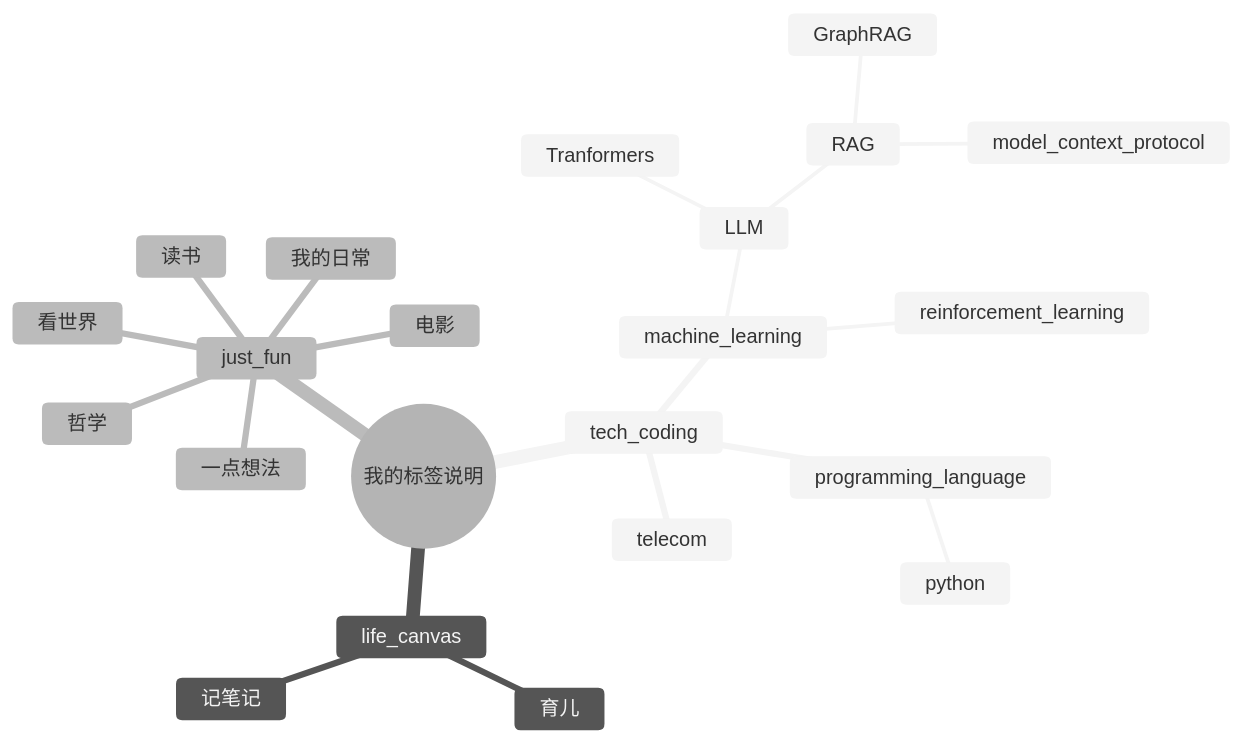
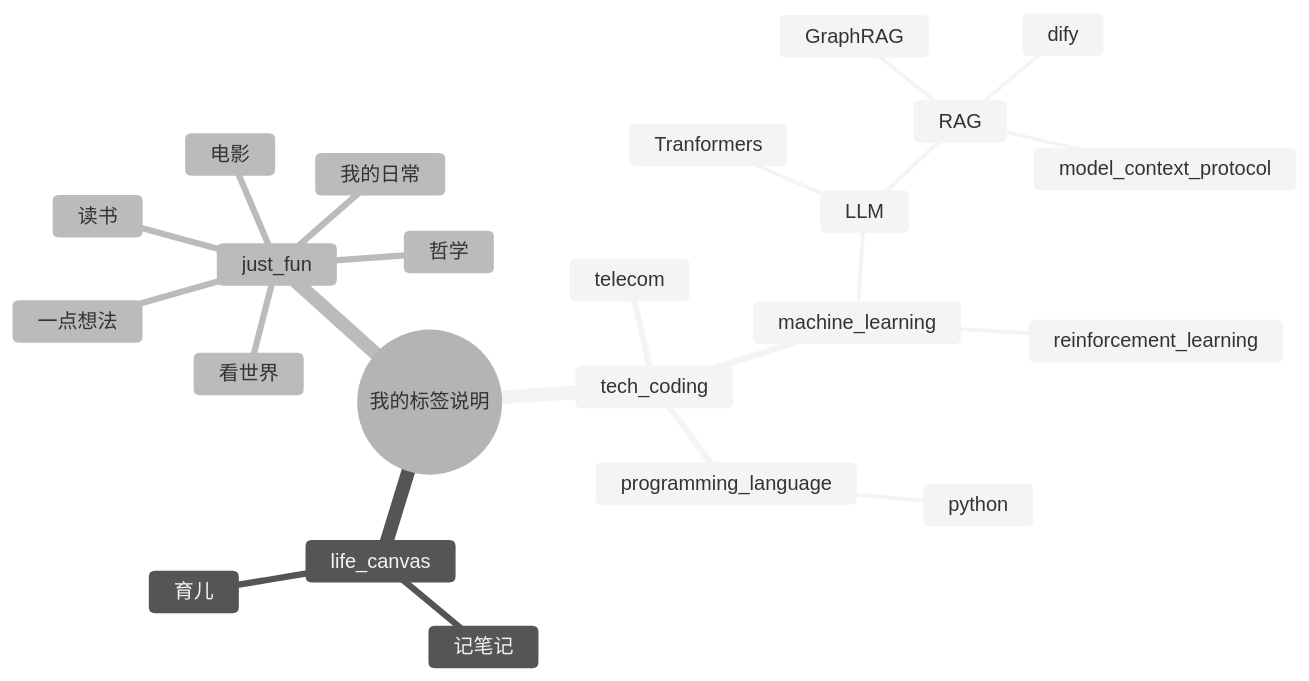
Before and after one commit to jovialchen/taomu: the diagram in tags.md, drawn with Mermaid (neutral theme). The commit also changed 3 other files, not shown here.

```diff
--- a/tags.md
+++ b/tags.md
@@ -16,25 +16,26 @@
 <pre class="mermaid">
 mindmap
   root((我的标签说明))
     tech_coding
       telecom
       machine_learning
         LLM
           Tranformers
           RAG
             GraphRAG
             model_context_protocol
+            dify
         reinforcement_learning
       programming_language
         python
     life_canvas
       记笔记
       育儿
     just_fun
       读书
       电影
       哲学
       看世界
       我的日常
       一点想法
 </pre>
```
